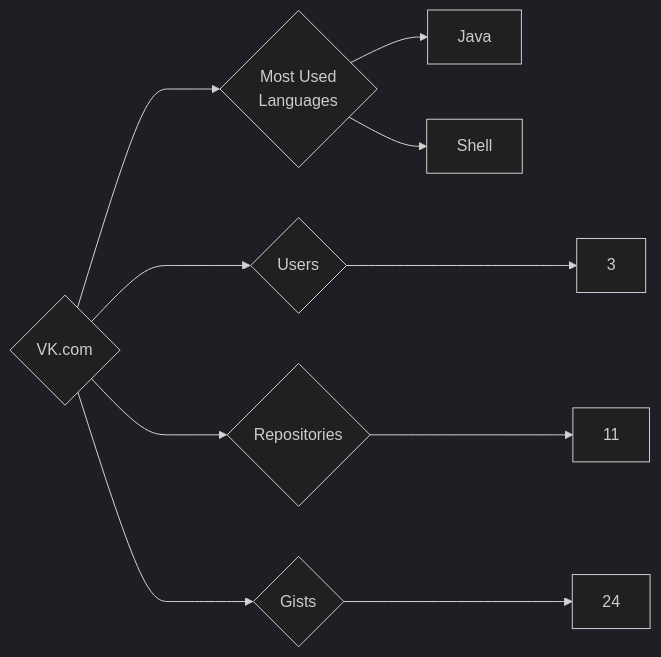
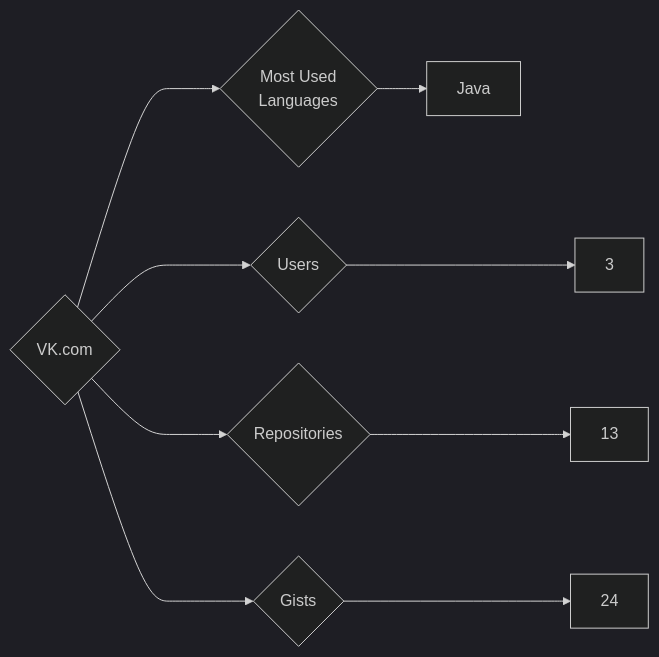
Before and after one commit to trickest/insiders: the diagram in targets/VK.com/README.md, drawn with Mermaid (dark theme). The commit also changed 1011 other files, not shown here.

````diff
--- a/targets/VK.com/README.md
+++ b/targets/VK.com/README.md
@@ -3,10 +3,9 @@
 ```mermaid
 graph LR
 COMPANY_NAME{VK.com}
 COMPANY_NAME ---> U{Users} ---> UN[3]
-COMPANY_NAME ---> R{Repositories} ---> RN[11]
+COMPANY_NAME ---> R{Repositories} ---> RN[13]
 COMPANY_NAME ---> G{Gists} ---> GN[24]
 COMPANY_NAME ---> ML{Most Used<br>Languages}
 ML --> Java[Java]
-ML --> Shell[Shell]
 ```
````
